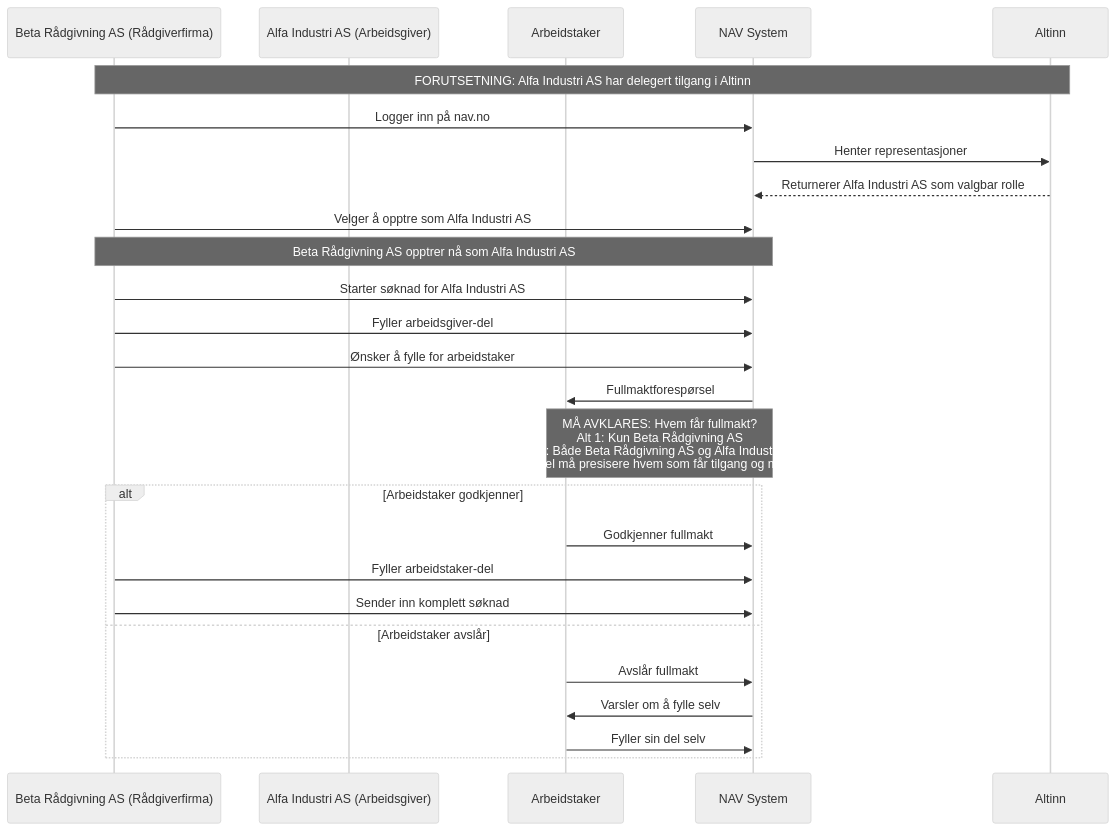
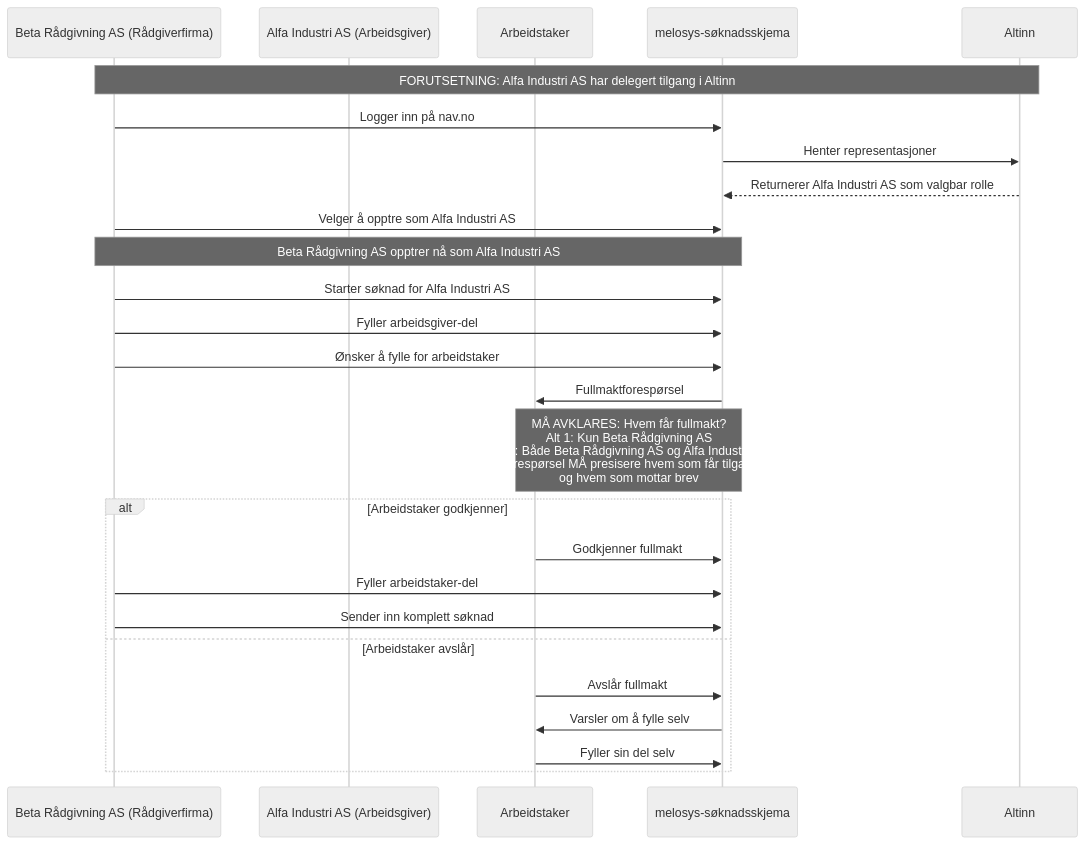
One commit to navikt/melosys-skjema-api changed the first of 4 diagrams in fullmakt.md. Above: the diagram before and after it, drawn with Mermaid (neutral theme). The commit also changed other lines of this file and 2 other files, not shown here.

Commit message:
Rydd i dokumentasjon for fullmakt (#37)

````diff
--- a/fullmakt.md
+++ b/fullmakt.md
@@ -26,34 +26,34 @@
 ```mermaid
 sequenceDiagram
     participant RF as Beta Rådgivning AS (Rådgiverfirma)
     participant AG as Alfa Industri AS (Arbeidsgiver)
     participant AT as Arbeidstaker
-    participant System as NAV System
+    participant System as melosys-søknadsskjema
     participant Altinn as Altinn
     
     Note over RF,Altinn: FORUTSETNING: Alfa Industri AS har delegert tilgang i Altinn
     
     RF->>System: Logger inn på nav.no
     System->>Altinn: Henter representasjoner
     Altinn-->>System: Returnerer Alfa Industri AS som valgbar rolle
     RF->>System: Velger å opptre som Alfa Industri AS
     
     Note over RF,System: Beta Rådgivning AS opptrer nå som Alfa Industri AS
     
     RF->>System: Starter søknad for Alfa Industri AS
     RF->>System: Fyller arbeidsgiver-del
     RF->>System: Ønsker å fylle for arbeidstaker
     
     System->>AT: Fullmaktforespørsel
-    Note over System,AT: MÅ AVKLARES: Hvem får fullmakt?<br/>Alt 1: Kun Beta Rådgivning AS<br/>Alt 2: Både Beta Rådgivning AS og Alfa Industri AS<br/>Forespørsel må presisere hvem som får tilgang og mottar brev
+    Note over System,AT: MÅ AVKLARES: Hvem får fullmakt?<br/>Alt 1: Kun Beta Rådgivning AS<br/>Alt 2: Både Beta Rådgivning AS og Alfa Industri AS<br/>Forespørsel MÅ presisere hvem som får tilgang<br/>og hvem som mottar brev
     
     alt Arbeidstaker godkjenner
         AT->>System: Godkjenner fullmakt
         RF->>System: Fyller arbeidstaker-del
         RF->>System: Sender inn komplett søknad
     else Arbeidstaker avslår
         AT->>System: Avslår fullmakt
         System->>AT: Varsler om å fylle selv
         AT->>System: Fyller sin del selv
     end
 ```
````
